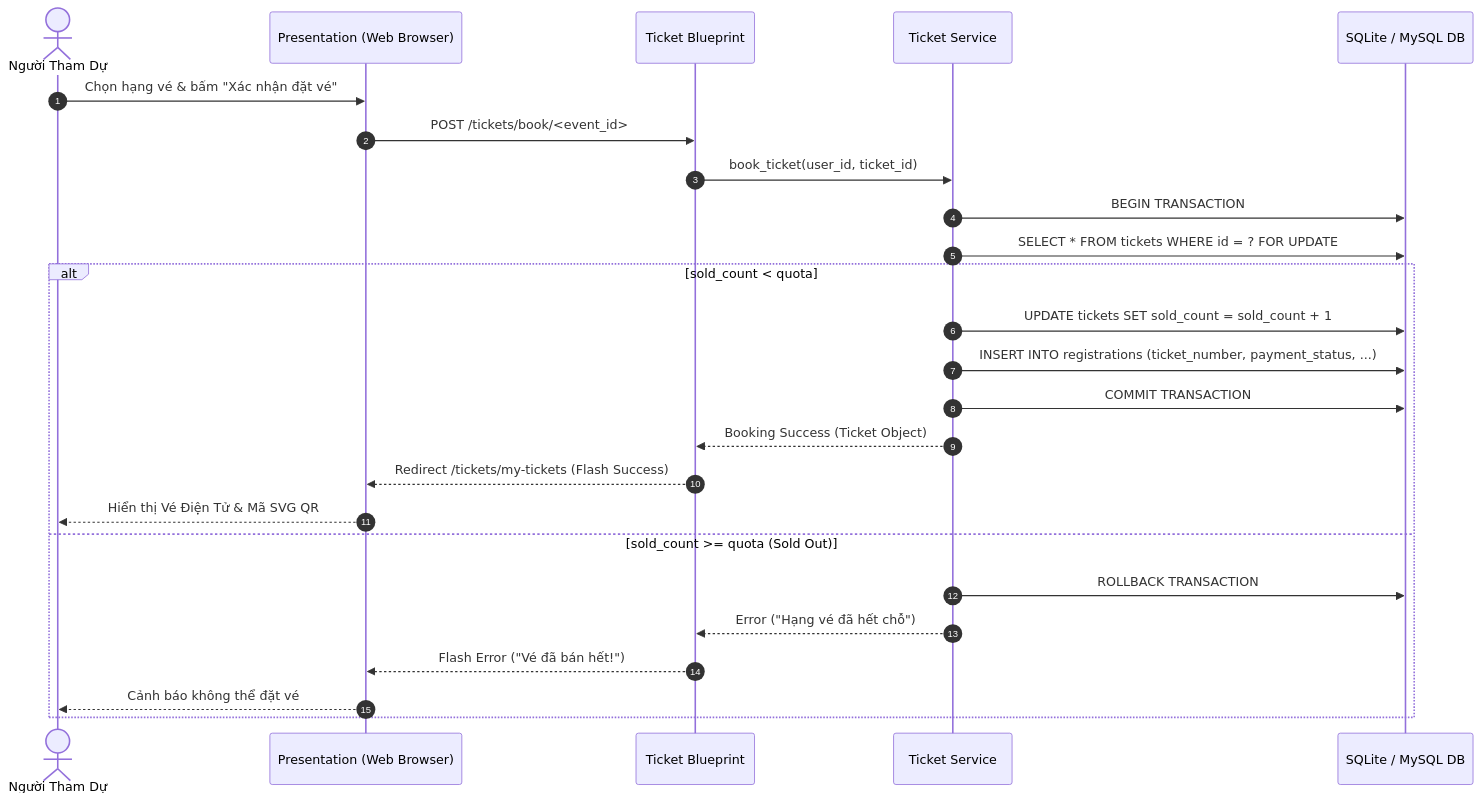
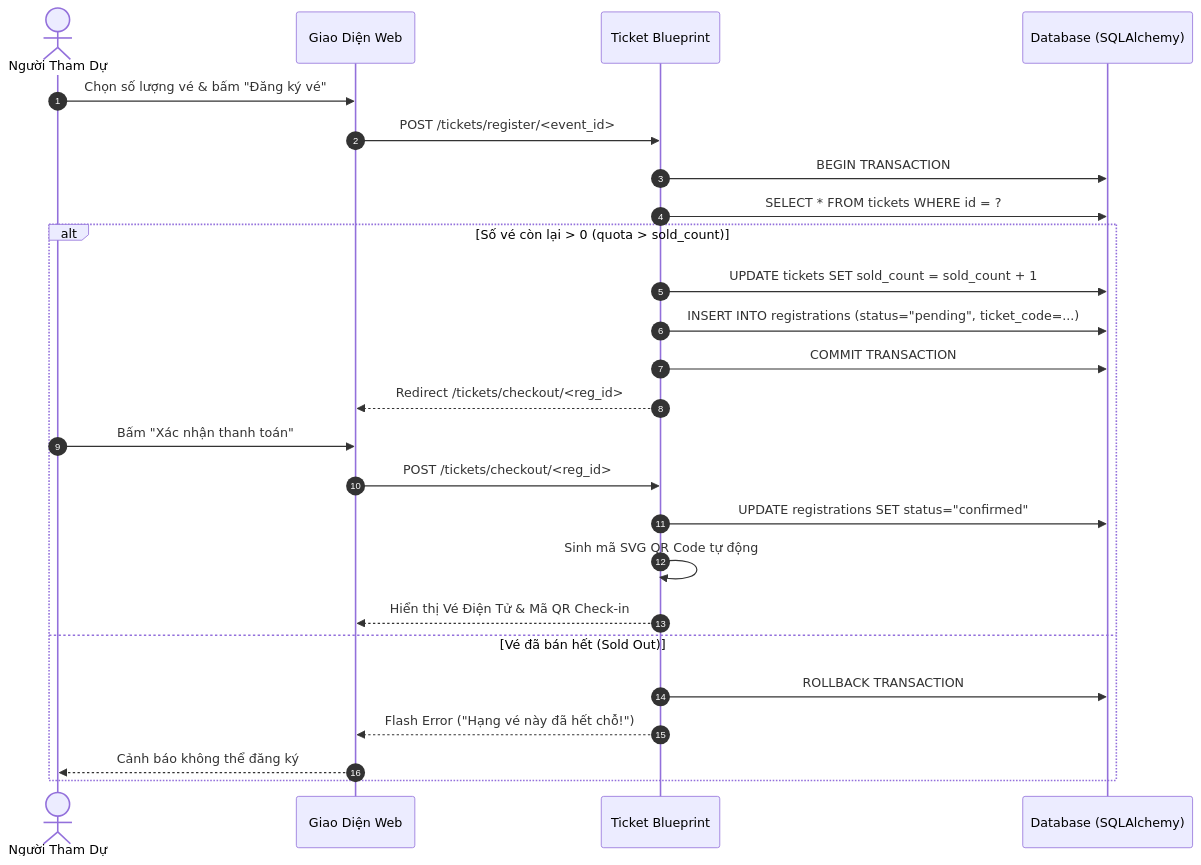
One commit to dtc245200059-eng/Event_Management_AI changed the first of 3 diagrams in docs/architecture.md. Above: the diagram before and after it, drawn with Mermaid. The commit also changed other lines of this file and 390 other files, not shown here.

````diff
--- a/docs/architecture.md
+++ b/docs/architecture.md
@@ -83,28 +120,28 @@
 ```mermaid
 sequenceDiagram
     autonumber
-    actor Attendee as Người Tham Dự
-    participant Web as Presentation (Web Browser)
+    actor User as Người Tham Dự
+    participant Web as Giao Diện Web
     participant Route as Ticket Blueprint
-    participant Service as Ticket Service
-    participant DB as SQLite / MySQL DB
+    participant DB as Database (SQLAlchemy)
 
-    Attendee->>Web: Chọn hạng vé & bấm "Xác nhận đặt vé"
-    Web->>Route: POST /tickets/book/<event_id>
-    Route->>Service: book_ticket(user_id, ticket_id)
-    Service->>DB: BEGIN TRANSACTION
-    Service->>DB: SELECT * FROM tickets WHERE id = ? FOR UPDATE
-    alt sold_count < quota
-        Service->>DB: UPDATE tickets SET sold_count = sold_count + 1
-        Service->>DB: INSERT INTO registrations (ticket_number, payment_status, ...)
-        Service->>DB: COMMIT TRANSACTION
-        Service-->>Route: Booking Success (Ticket Object)
-        Route-->>Web: Redirect /tickets/my-tickets (Flash Success)
-        Web-->>Attendee: Hiển thị Vé Điện Tử & Mã SVG QR
-    else sold_count >= quota (Sold Out)
-        Service->>DB: ROLLBACK TRANSACTION
-        Service-->>Route: Error ("Hạng vé đã hết chỗ")
-        Route-->>Web: Flash Error ("Vé đã bán hết!")
-        Web-->>Attendee: Cảnh báo không thể đặt vé
+    User->>Web: Chọn số lượng vé & bấm "Đăng ký vé"
+    Web->>Route: POST /tickets/register/<event_id>
+    Route->>DB: BEGIN TRANSACTION
+    Route->>DB: SELECT * FROM tickets WHERE id = ?
+    alt Số vé còn lại > 0 (quota > sold_count)
+        Route->>DB: UPDATE tickets SET sold_count = sold_count + 1
+        Route->>DB: INSERT INTO registrations (status="pending", ticket_code=...)
+        Route->>DB: COMMIT TRANSACTION
+        Route-->>Web: Redirect /tickets/checkout/<reg_id>
+        User->>Web: Bấm "Xác nhận thanh toán"
+        Web->>Route: POST /tickets/checkout/<reg_id>
+        Route->>DB: UPDATE registrations SET status="confirmed"
+        Route->>Route: Sinh mã SVG QR Code tự động
+        Route-->>Web: Hiển thị Vé Điện Tử & Mã QR Check-in
+    else Vé đã bán hết (Sold Out)
+        Route->>DB: ROLLBACK TRANSACTION
+        Route-->>Web: Flash Error ("Hạng vé này đã hết chỗ!")
+        Web-->>User: Cảnh báo không thể đăng ký
     end
 ```
````
